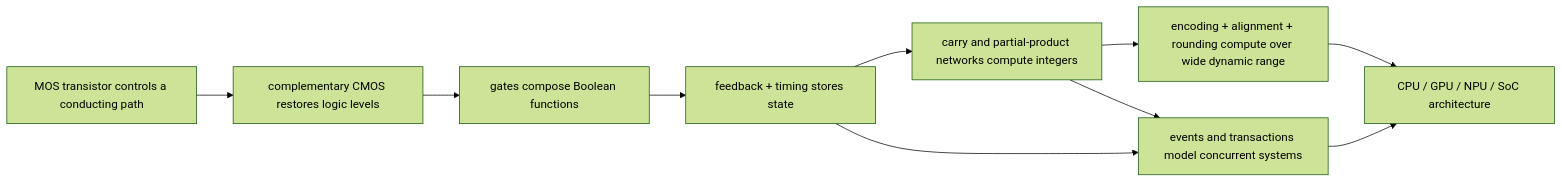
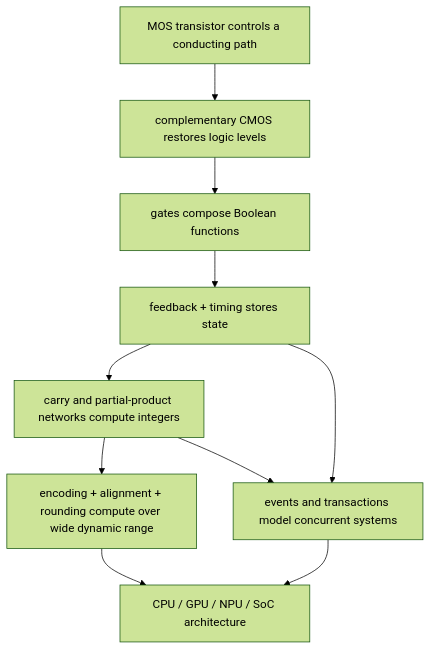
Before and after one commit to Wty2003328/silicon-design-notebook: the diagram in 00_Fundamentals/00_Index.md, drawn with Mermaid (forest theme). The commit also changed 8 other files, not shown here.

Commit message:
WIP (GPT-assisted session): Fundamentals circuit-diagram conversion in progress; Diagram_Authoring_Standard; TikZJax plugin config

````diff
--- a/00_Fundamentals/00_Index.md
+++ b/00_Fundamentals/00_Index.md
@@ -5,12 +5,12 @@
 ```mermaid
-flowchart LR
+flowchart TD
     MOS["MOS transistor controls a conducting path"] --> CMOS["complementary CMOS restores logic levels"]
     CMOS --> GATE["gates compose Boolean functions"]
     GATE --> STATE["feedback + timing stores state"]
     STATE --> ARITH["carry and partial-product networks compute integers"]
     ARITH --> FP["encoding + alignment + rounding compute over wide dynamic range"]
     STATE --> SIM["events and transactions model concurrent systems"]
     ARITH --> SIM
     FP --> ARCH["CPU / GPU / NPU / SoC architecture"]
     SIM --> ARCH
 ```
````
